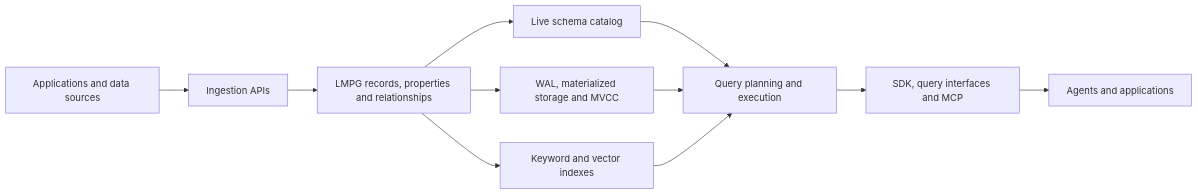
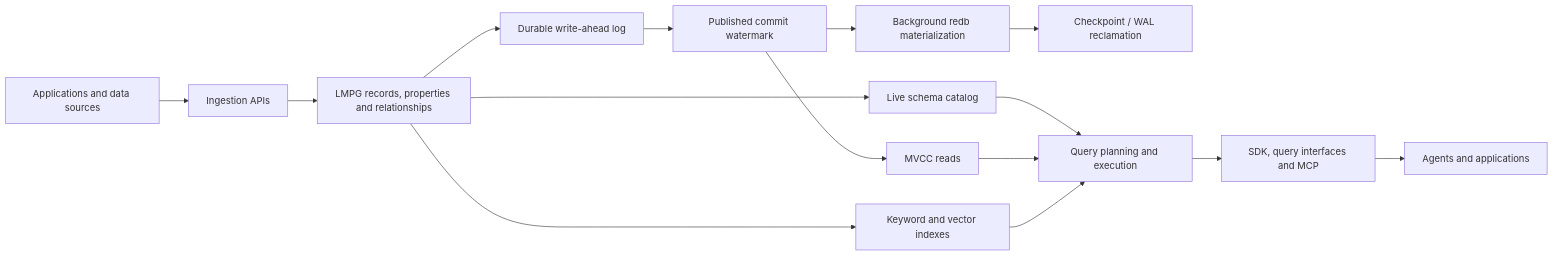
The diagram in README.md (wazimBadsha/rushdb-engineering-research), drawn with Mermaid before and after one commit. The commit also changed other lines of this file, not shown here.

````diff
--- a/README.md
+++ b/README.md
@@ -9,13 +9,17 @@
 ```mermaid
 flowchart LR
   APP["Applications and data sources"] --> INGEST["Ingestion APIs"]
   INGEST --> GRAPH["LMPG records, properties and relationships"]
   GRAPH --> CATALOG["Live schema catalog"]
-  GRAPH --> STORAGE["WAL, materialized storage and MVCC"]
+  GRAPH --> WAL["Durable write-ahead log"]
+  WAL --> PUBLISH["Published commit watermark"]
+  PUBLISH --> READ["MVCC reads"]
+  PUBLISH --> REDB["Background redb materialization"]
+  REDB --> CHECKPOINT["Checkpoint / WAL reclamation"]
   GRAPH --> INDEX["Keyword and vector indexes"]
   CATALOG --> QUERY["Query planning and execution"]
-  STORAGE --> QUERY
+  READ --> QUERY
   INDEX --> QUERY
   QUERY --> INTERFACE["SDK, query interfaces and MCP"]
   INTERFACE --> AGENT["Agents and applications"]
 ```
````
